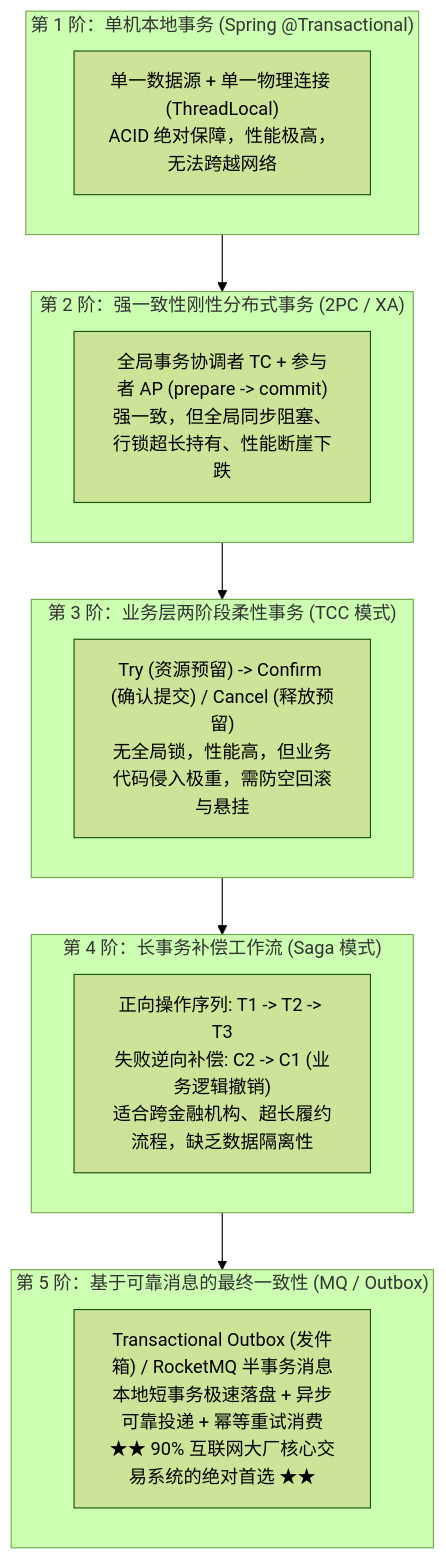
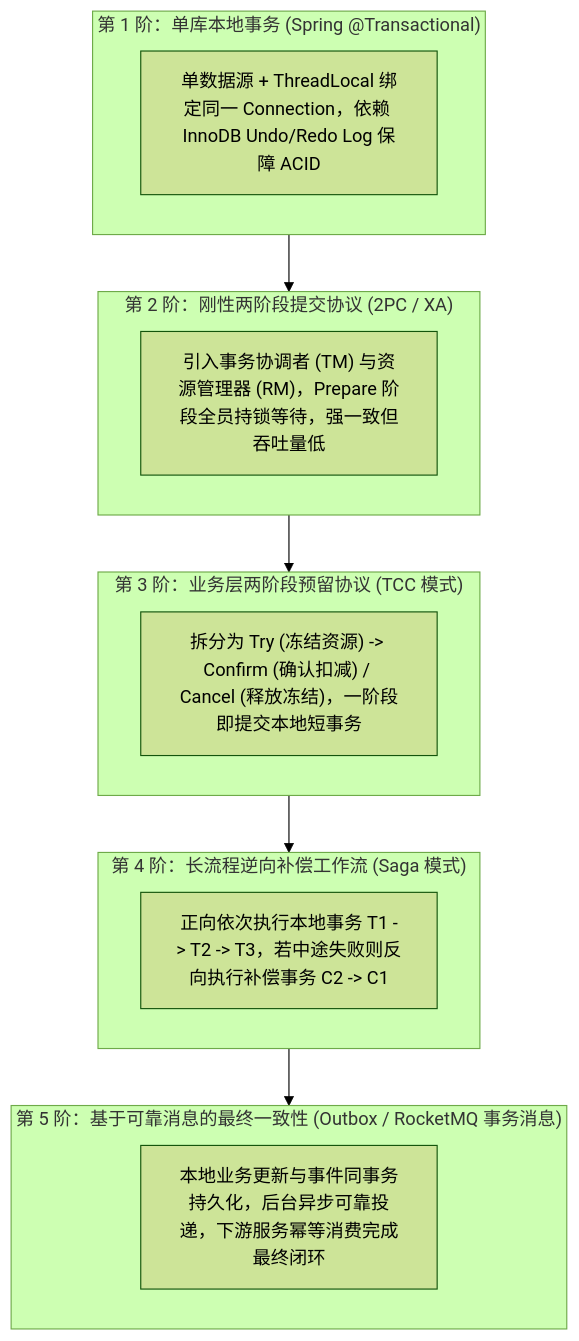
The first of 3 diagrams in 20-Java后端/10-知识串联与专题/04-从Spring事务到分布式一致性.md (GuoWWWX/knowledge-base), drawn with Mermaid (forest theme) before and after one commit. The commit also changed other lines of this file and 251 other files, not shown here.

````diff
--- a/20-Java后端/10-知识串联与专题/04-从Spring事务到分布式一致性.md
+++ b/20-Java后端/10-知识串联与专题/04-从Spring事务到分布式一致性.md
@@ -40,27 +47,27 @@
 ```mermaid
 flowchart TD
-    subgraph Step1["第 1 阶：单机本地事务 (Spring @Transactional)"]
-        LocalTx["单一数据源 + 单一物理连接 (ThreadLocal)<br/>ACID 绝对保障，性能极高，无法跨越网络"]
+    subgraph Step1["第 1 阶：单库本地事务 (Spring @Transactional)"]
+        LocalTx["单数据源 + ThreadLocal 绑定同一 Connection，依赖 InnoDB Undo/Redo Log 保障 ACID"]
     end
 
-    subgraph Step2["第 2 阶：强一致性刚性分布式事务 (2PC / XA)"]
-        TwoPC["全局事务协调者 TC + 参与者 AP (prepare -> commit)<br/>强一致，但全局同步阻塞、行锁超长持有、性能断崖下跌"]
+    subgraph Step2["第 2 阶：刚性两阶段提交协议 (2PC / XA)"]
+        TwoPC["引入事务协调者 (TM) 与资源管理器 (RM)，Prepare 阶段全员持锁等待，强一致但吞吐量低"]
     end
 
-    subgraph Step3["第 3 阶：业务层两阶段柔性事务 (TCC 模式)"]
-        TCC["Try (资源预留) -> Confirm (确认提交) / Cancel (释放预留)<br/>无全局锁，性能高，但业务代码侵入极重，需防空回滚与悬挂"]
+    subgraph Step3["第 3 阶：业务层两阶段预留协议 (TCC 模式)"]
+        TCC["拆分为 Try (冻结资源) -> Confirm (确认扣减) / Cancel (释放冻结)，一阶段即提交本地短事务"]
     end
 
-    subgraph Step4["第 4 阶：长事务补偿工作流 (Saga 模式)"]
-        Saga["正向操作序列: T1 -> T2 -> T3<br/>失败逆向补偿: C2 -> C1 (业务逻辑撤销)<br/>适合跨金融机构、超长履约流程，缺乏数据隔离性"]
+    subgraph Step4["第 4 阶：长流程逆向补偿工作流 (Saga 模式)"]
+        Saga["正向依次执行本地事务 T1 -> T2 -> T3，若中途失败则反向执行补偿事务 C2 -> C1"]
     end
 
-    subgraph Step5["第 5 阶：基于可靠消息的最终一致性 (MQ / Outbox)"]
-        Outbox["Transactional Outbox (发件箱) / RocketMQ 半事务消息<br/>本地短事务极速落盘 + 异步可靠投递 + 幂等重试消费<br/>★★ 90% 互联网大厂核心交易系统的绝对首选 ★★"]
+    subgraph Step5["第 5 阶：基于可靠消息的最终一致性 (Outbox / RocketMQ 事务消息)"]
+        Outbox["本地业务更新与事件同事务持久化，后台异步可靠投递，下游服务幂等消费完成最终闭环"]
     end
 
     Step1 --> Step2
     Step2 --> Step3
     Step3 --> Step4
     Step4 --> Step5
 ```
````
